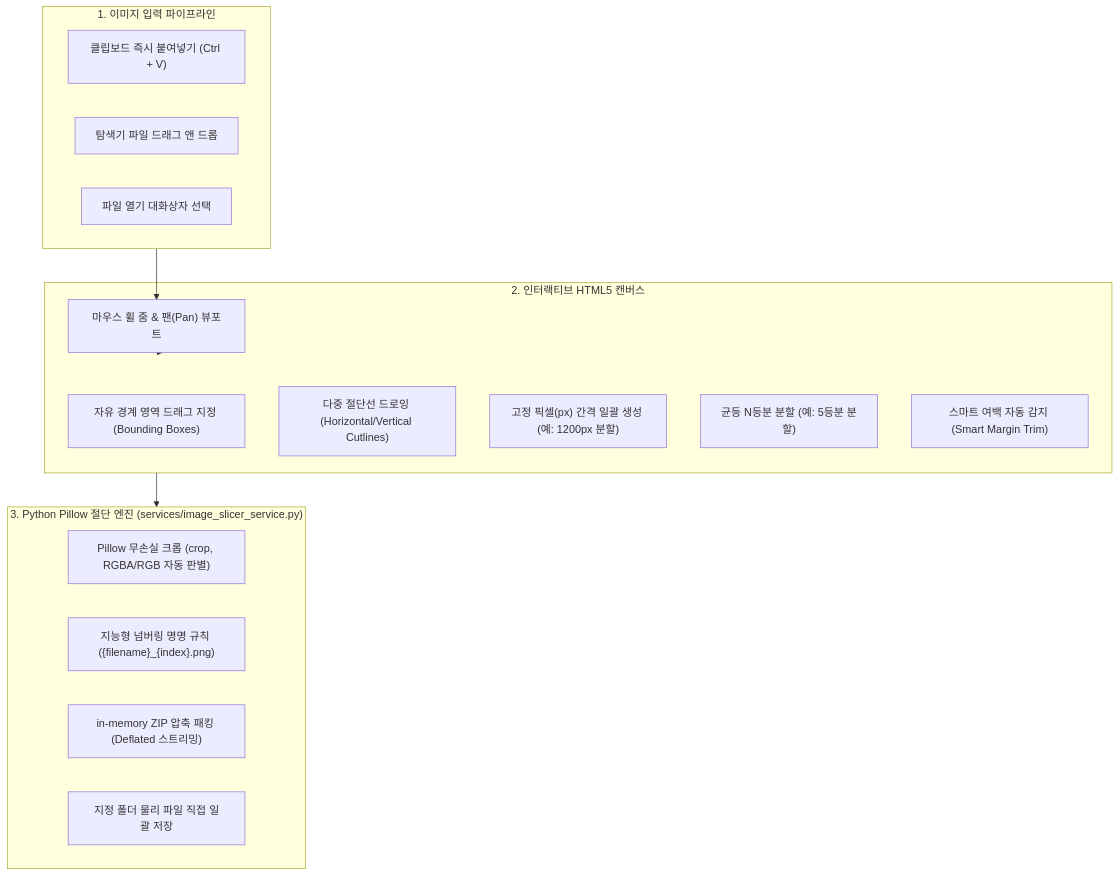
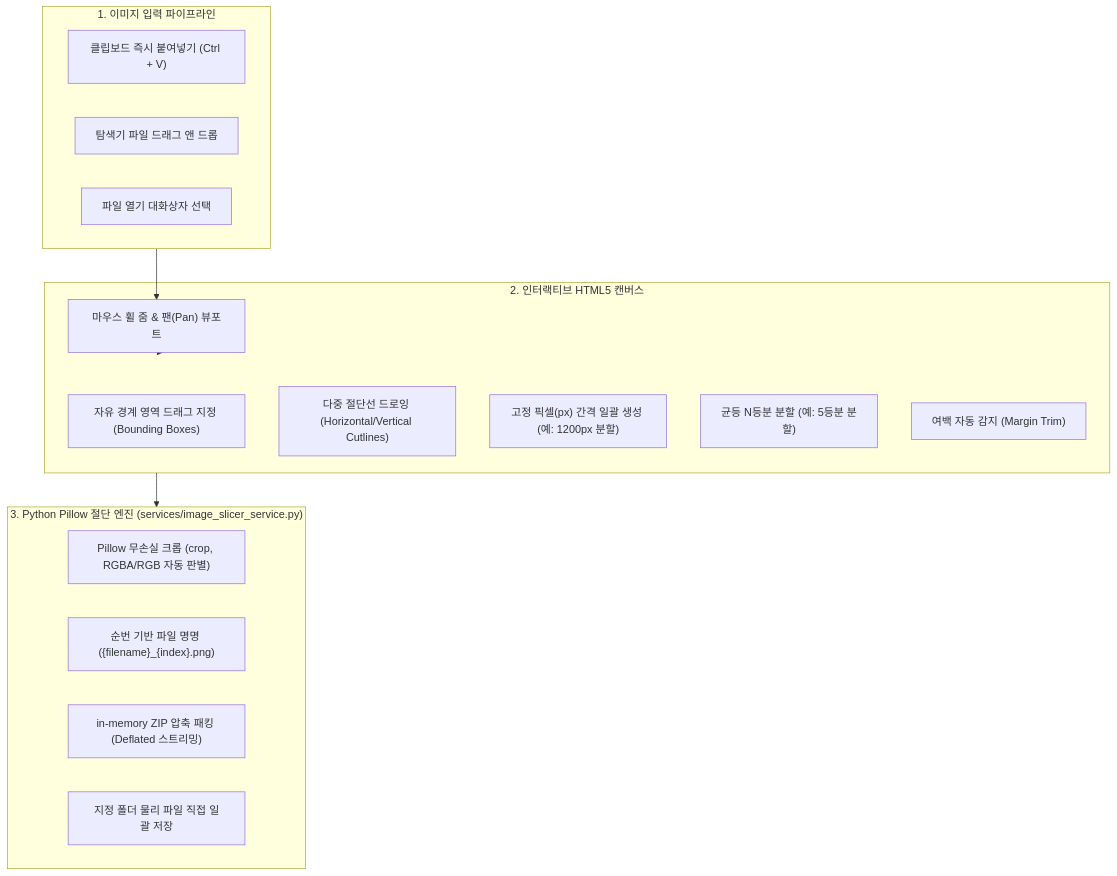
The diagram in docs/IMAGE_SLICER.md (JudeRester/Util-Tools), drawn with Mermaid before and after one commit. The commit also changed other lines of this file and 18 other files, not shown here.

Commit message:
docs(refactor): 불명확한 미사여구(지능형, 스마트 등) 제거 및 직관적 기능 기술로 전면 정제

````diff
--- a/docs/IMAGE_SLICER.md
+++ b/docs/IMAGE_SLICER.md
@@ -9,28 +9,28 @@
 ```mermaid
 flowchart TD
     subgraph InputStage ["1. 이미지 입력 파이프라인"]
         Paste["클립보드 즉시 붙여넣기 (Ctrl + V)"]
         Drop["탐색기 파일 드래그 앤 드롭"]
         FileBtn["파일 열기 대화상자 선택"]
     end
 
     subgraph InteractiveCanvas ["2. 인터랙티브 HTML5 캔버스"]
         View["마우스 휠 줌 & 팬(Pan) 뷰포트"]
         Mode1["자유 경계 영역 드래그 지정 (Bounding Boxes)"]
         Mode2["다중 절단선 드로잉 (Horizontal/Vertical Cutlines)"]
         Mode3["고정 픽셀(px) 간격 일괄 생성 (예: 1200px 분할)"]
         Mode4["균등 N등분 분할 (예: 5등분 분할)"]
-        Mode5["스마트 여백 자동 감지 (Smart Margin Trim)"]
+        Mode5["여백 자동 감지 (Margin Trim)"]
     end
 
     subgraph PillowBackend ["3. Python Pillow 절단 엔진 (services/image_slicer_service.py)"]
         Crop["Pillow 무손실 크롭 (crop, RGBA/RGB 자동 판별)"]
-        Naming["지능형 넘버링 명명 규칙 ({filename}_{index}.png)"]
+        Naming["순번 기반 파일 명명 ({filename}_{index}.png)"]
         Zip["in-memory ZIP 압축 패킹 (Deflated 스트리밍)"]
         Disk["지정 폴더 물리 파일 직접 일괄 저장"]
     end
 
     InputStage --> View
     View --> InteractiveCanvas
     InteractiveCanvas --> PillowBackend
 ```
````
